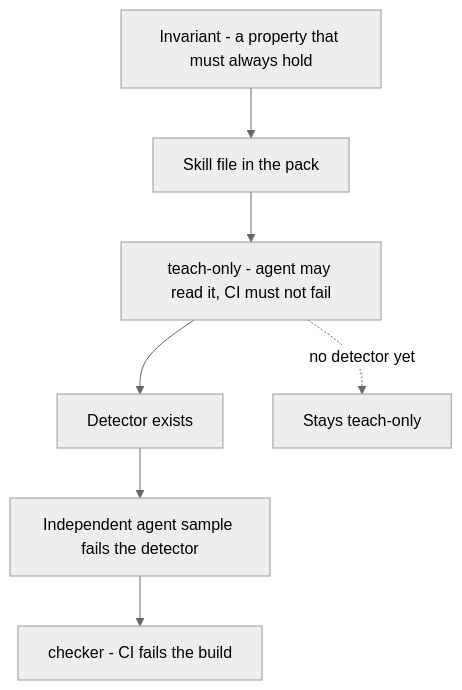
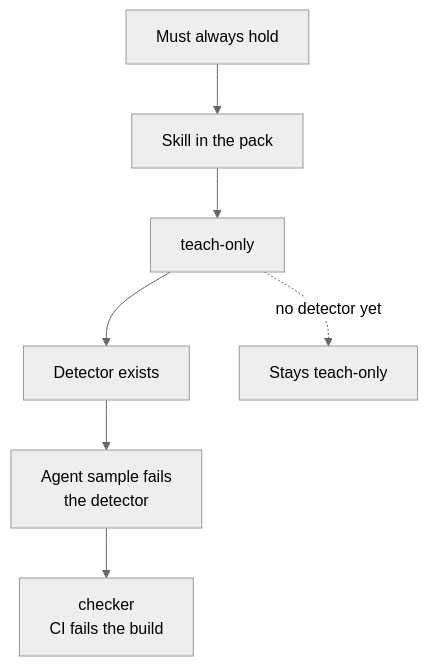
One commit to Amaresh/deslop changed the third of 5 diagrams in README.md. Above: the diagram before and after it, drawn with Mermaid (neutral theme). The commit also changed other lines of this file, not shown here.

First line of the commit message:
docs: shorten mermaid labels so GitHub does not clip them

````diff
--- a/README.md
+++ b/README.md
@@ -63,9 +63,9 @@
 ```mermaid
 flowchart TD
-  I["Invariant - a property that must always hold"] --> S["Skill file in the pack"]
-  S --> T["teach-only - agent may read it, CI must not fail"]
+  I["Must always hold"] --> S["Skill in the pack"]
+  S --> T["teach-only"]
   T --> D["Detector exists"]
-  D --> V["Independent agent sample fails the detector"]
-  V --> C["checker - CI fails the build"]
+  D --> V["Agent sample fails<br/>the detector"]
+  V --> C["checker<br/>CI fails the build"]
   T -.->|"no detector yet"| Stay["Stays teach-only"]
 ```
````
